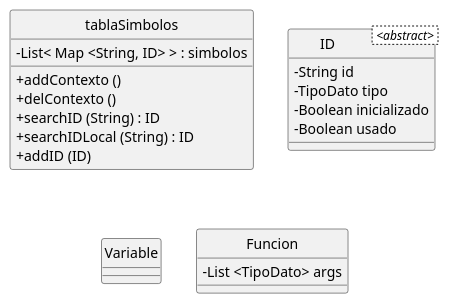
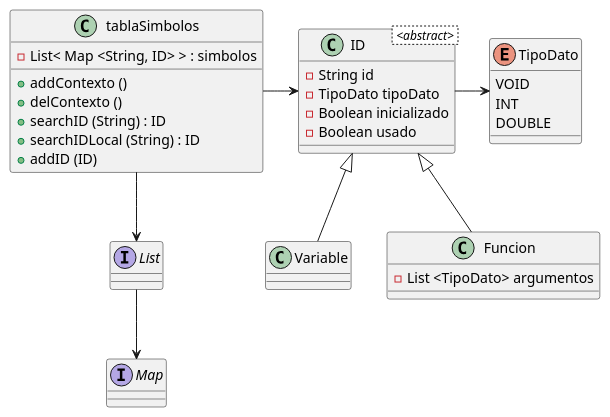
Before and after one commit to dbobadillabarcelo/TC-PROYECTO-2022: the diagram in Notas de clases/simbolos.puml, drawn with PlantUML. The commit also changed 140 other files, not shown here.

```diff
--- a/Notas de clases/simbolos.puml
+++ b/Notas de clases/simbolos.puml
@@ -1,29 +1,41 @@
 @startuml a
-
-skinparam ClassAttributeIconSize 0
-hide circle
 
 class tablaSimbolos{
     - List< Map <String, ID> > : simbolos
     + addContexto ()
     + delContexto ()
     + searchID (String) : ID
     + searchIDLocal (String) : ID
     + addID (ID)
 }
+interface List
+
+interface Map
 
 class ID< <abstract> >{
     - String id
-    - TipoDato tipo
+    - TipoDato tipoDato
     - Boolean inicializado
     - Boolean usado
 }
 
 class Variable {}
 
 class Funcion {
-    - List <TipoDato> args
+    - List <TipoDato> argumentos
 }
-    
+
+
+enum TipoDato {
+    VOID
+    INT
+    DOUBLE
+}
+tablaSimbolos --> List
+tablaSimbolos -> ID
+ID -> TipoDato
+List --> Map
+ID <|-- Variable
+ID <|-- Funcion
 
 @enduml
```
